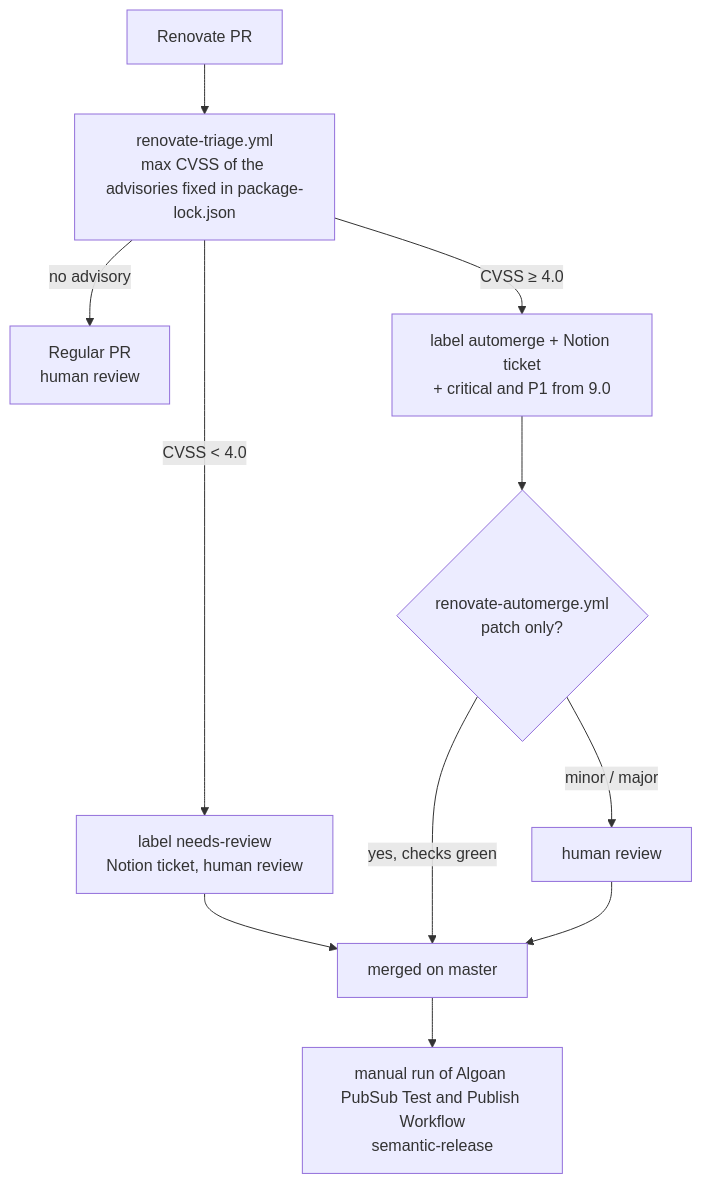
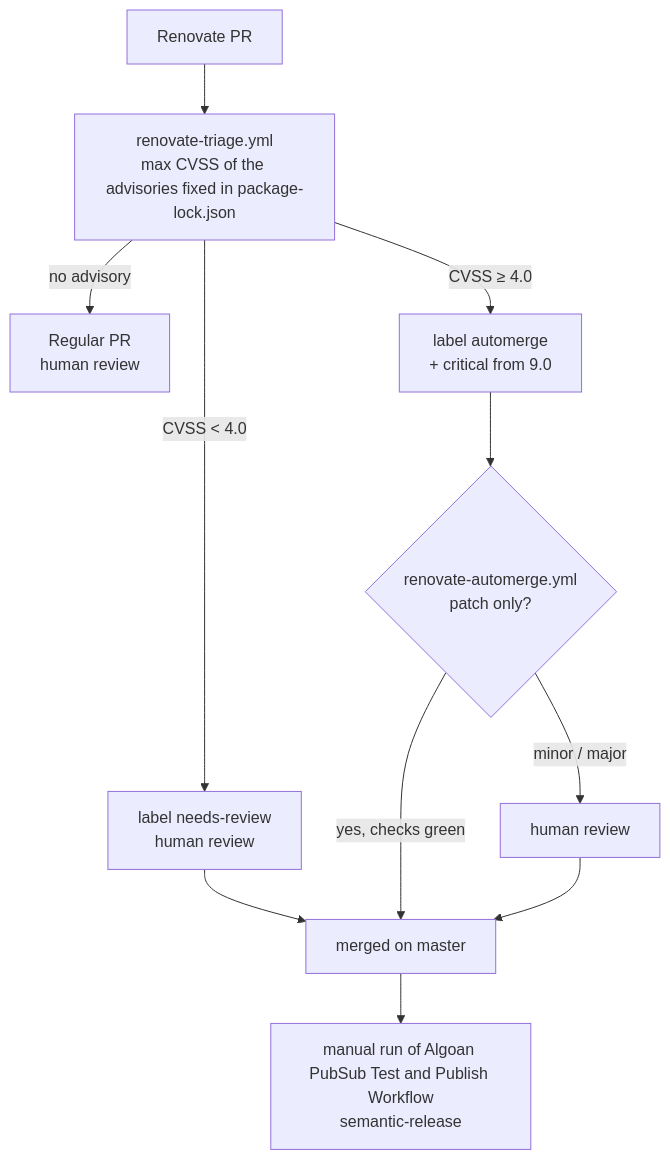
The diagram in docs/RENOVATE.md (algoan/pubsub), drawn with Mermaid before and after one commit. The commit also changed other lines of this file and 2 other files, not shown here.

First line of the commit message:
ci(renovate): drop the Notion ticket of the triage

````diff
--- a/docs/RENOVATE.md
+++ b/docs/RENOVATE.md
@@ -52,13 +52,13 @@
 ```mermaid
 flowchart TD
     PR[Renovate PR] --> T[renovate-triage.yml<br/>max CVSS of the advisories fixed in package-lock.json]
     T -->|no advisory| N[Regular PR<br/>human review]
-    T -->|CVSS < 4.0| M[label needs-review<br/>Notion ticket, human review]
-    T -->|CVSS ≥ 4.0| A[label automerge + Notion ticket<br/>+ critical and P1 from 9.0]
+    T -->|CVSS < 4.0| M[label needs-review<br/>human review]
+    T -->|CVSS ≥ 4.0| A[label automerge<br/>+ critical from 9.0]
     A --> AM{renovate-automerge.yml<br/>patch only?}
     AM -->|yes, checks green| MM[merged on master]
     AM -->|minor / major| R[human review]
     M --> MM
     R --> MM
     MM --> P[manual run of Algoan PubSub Test and Publish Workflow<br/>semantic-release]
 ```
````
